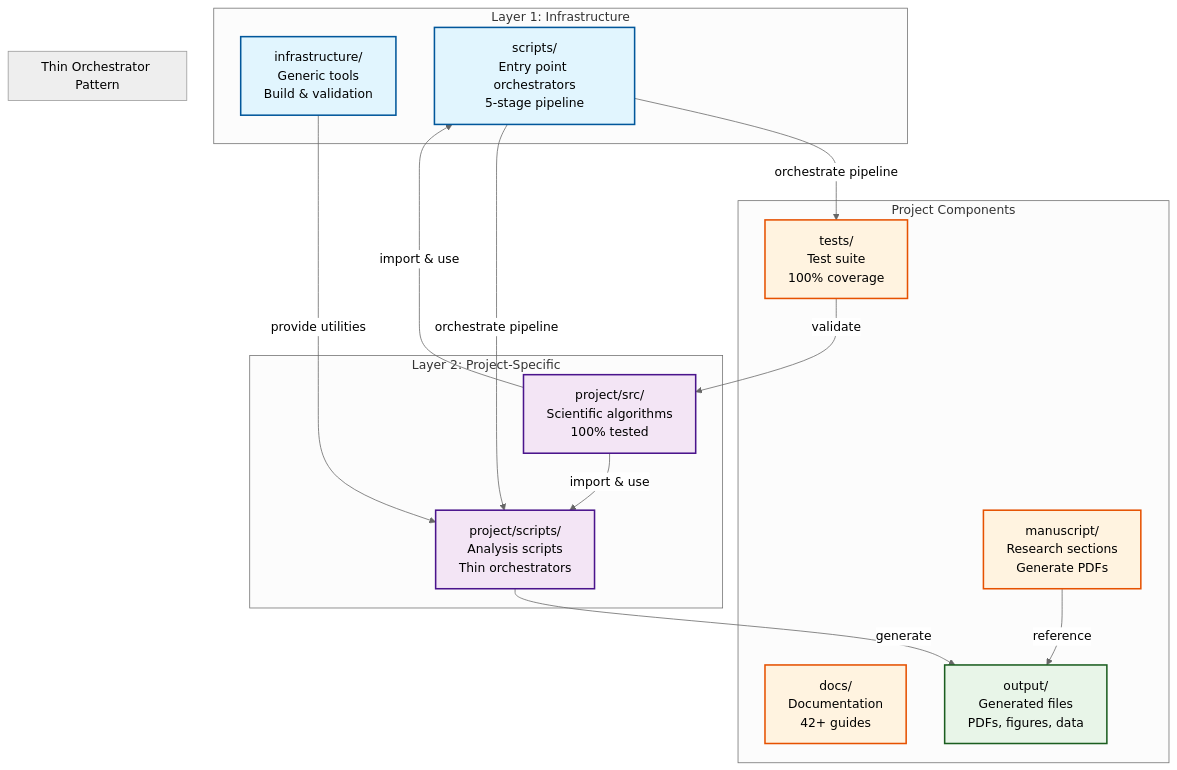
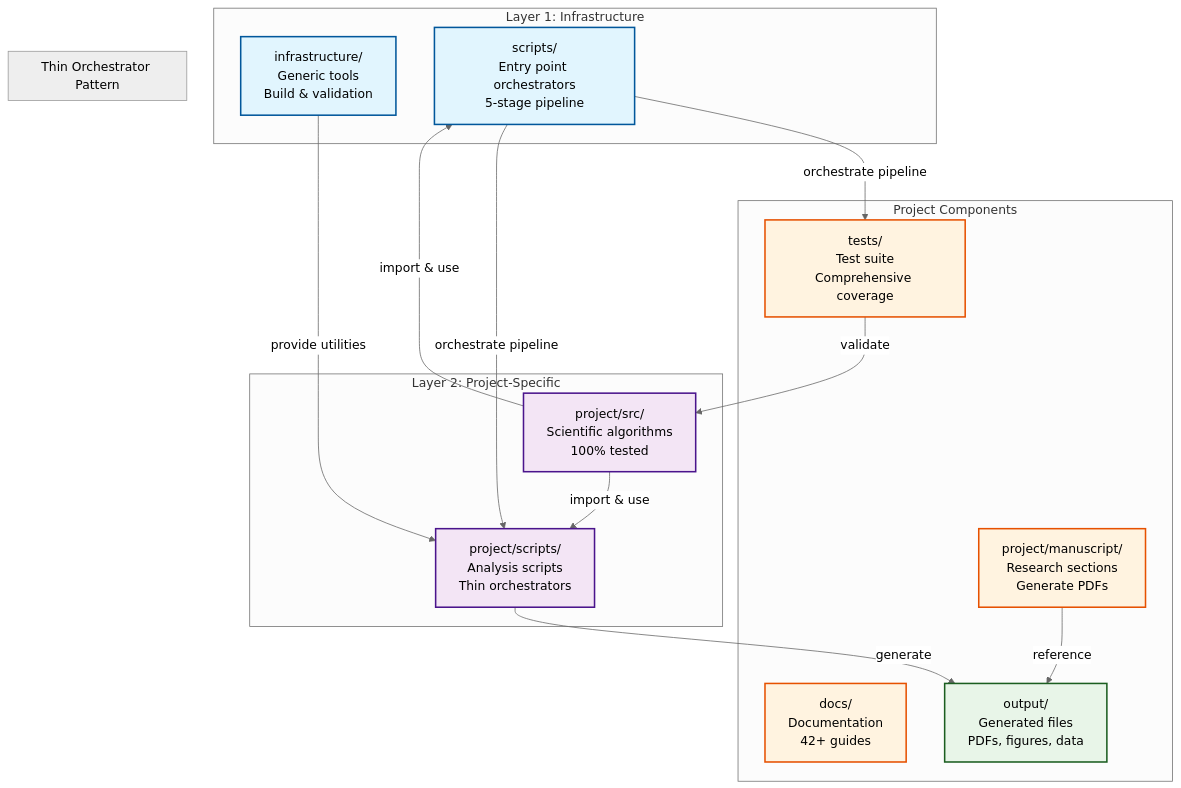
The fourth of 6 diagrams in README.md (docxology/template), drawn with Mermaid (neutral theme) before and after one commit. The commit also changed other lines of this file and 132 other files, not shown here.

````diff
--- a/README.md
+++ b/README.md
@@ -302,40 +302,40 @@
 ```mermaid
 graph TB
     subgraph "Layer 1: Infrastructure"
         INFRA[infrastructure/<br/>Generic tools<br/>Build & validation]
         INFRA_SCRIPTS[scripts/<br/>Entry point orchestrators<br/>5-stage pipeline]
     end
     
     subgraph "Layer 2: Project-Specific"
         SRC[project/src/<br/>Scientific algorithms<br/>100% tested]
         SCRIPTS[project/scripts/<br/>Analysis scripts<br/>Thin orchestrators]
     end
     
     subgraph "Project Components"
-        TESTS[tests/<br/>Test suite<br/>100% coverage]
+        TESTS[tests/<br/>Test suite<br/>Comprehensive coverage]
         DOCS[docs/<br/>Documentation<br/>42+ guides]
-        MANUSCRIPT[manuscript/<br/>Research sections<br/>Generate PDFs]
+        MANUSCRIPT[project/manuscript/<br/>Research sections<br/>Generate PDFs]
         OUTPUT[output/<br/>Generated files<br/>PDFs, figures, data]
     end
     
     subgraph "Thin Orchestrator Pattern"
         SRC -->|"import & use"| SCRIPTS
         SRC -->|"import & use"| INFRA_SCRIPTS
         INFRA -->|"provide utilities"| SCRIPTS
         SCRIPTS -->|"generate"| OUTPUT
         INFRA_SCRIPTS -->|"orchestrate pipeline"| TESTS
         INFRA_SCRIPTS -->|"orchestrate pipeline"| SCRIPTS
         MANUSCRIPT -->|"reference"| OUTPUT
         TESTS -->|"validate"| SRC
     end
     
     classDef layer1 fill:#e1f5fe,stroke:#01579b,stroke-width:2px
     classDef layer2 fill:#f3e5f5,stroke:#4a148c,stroke-width:2px
     classDef core fill:#fff3e0,stroke:#e65100,stroke-width:2px
     classDef output fill:#e8f5e8,stroke:#1b5e20,stroke-width:2px
     
     class INFRA,INFRA_SCRIPTS layer1
     class SRC,SCRIPTS layer2
     class TESTS,DOCS,MANUSCRIPT core
     class OUTPUT output
 ```
````
